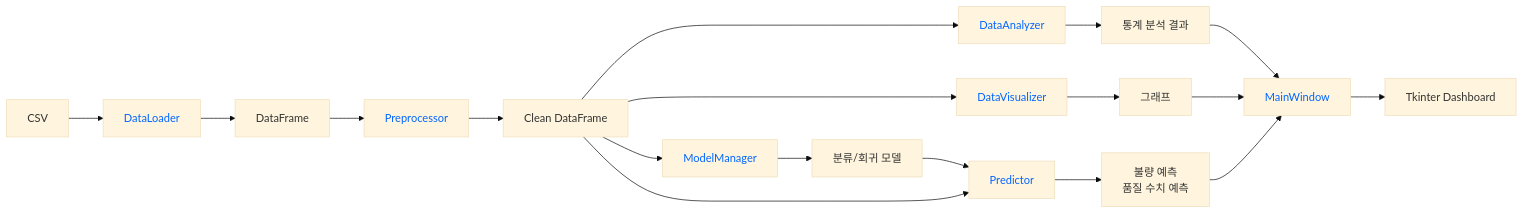
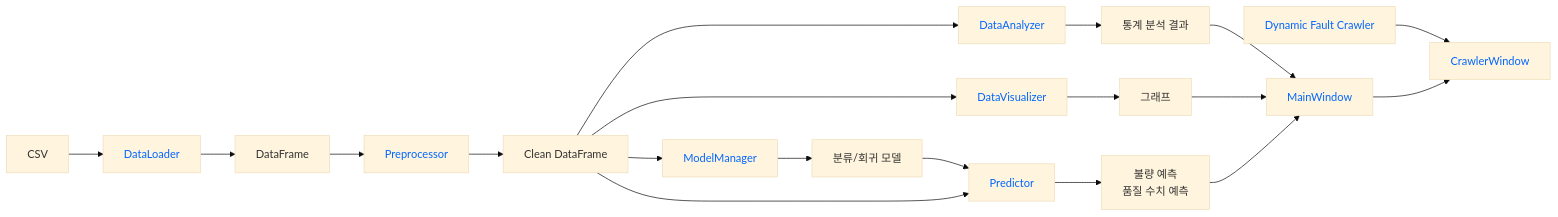
Before and after one commit to mitsuiJin/python-mini-project: the diagram in README.md, drawn with Mermaid (base theme). The commit also changed other lines of this file and 15 other files, not shown here.

````diff
--- a/README.md
+++ b/README.md
@@ -3,35 +7,39 @@
 ```mermaid
 graph LR
 
     A[CSV] --> B[DataLoader]
     B --> C[DataFrame]
 
     C --> D[Preprocessor]
     D --> E[Clean DataFrame]
 
     E --> F[DataAnalyzer]
     E --> G[DataVisualizer]
     E --> H[ModelManager]
 
     F --> I[통계 분석 결과]
     G --> J[그래프]
 
     H --> K[분류/회귀 모델]
 
     K --> L[Predictor]
     E --> L
 
     L --> M[불량 예측<br/>품질 수치 예측]
 
     I --> N[MainWindow]
     J --> N
     M --> N
 
-    N --> O[Tkinter Dashboard]
 
+
+    P[Dynamic Fault Crawler]
+    P --> Q
+    Q[CrawlerWindow]
+    N --> Q
     %% 클래스 글자색
     classDef pythonClass color:#0066ff;
 
     %% 클래스 지정
-    class B,D,F,G,H,L,N pythonClass;
+    class B,D,F,G,H,L,N,Q,P pythonClass;
 ```
````
